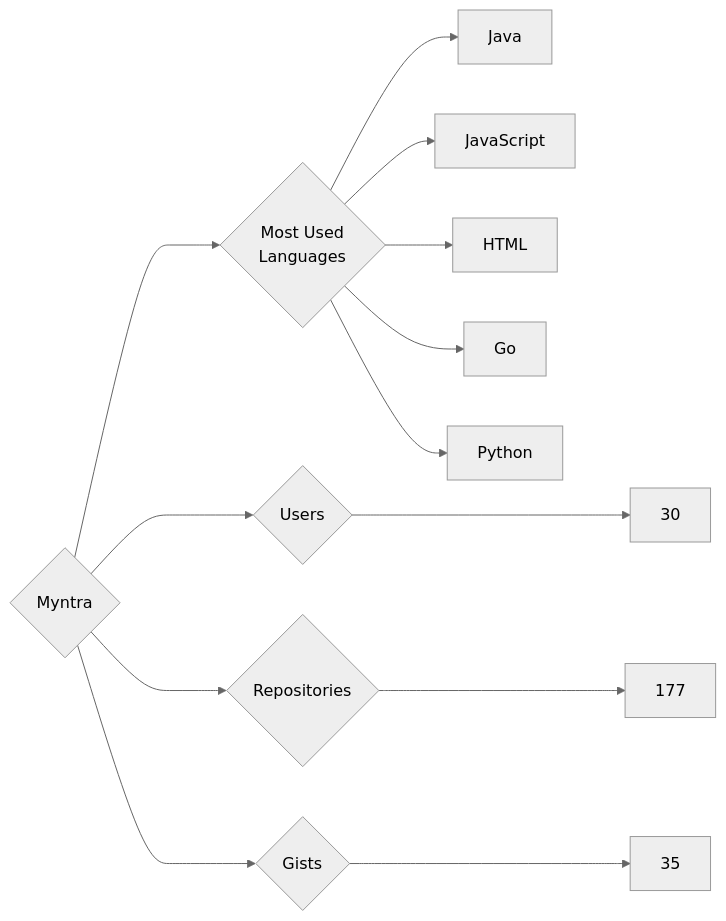
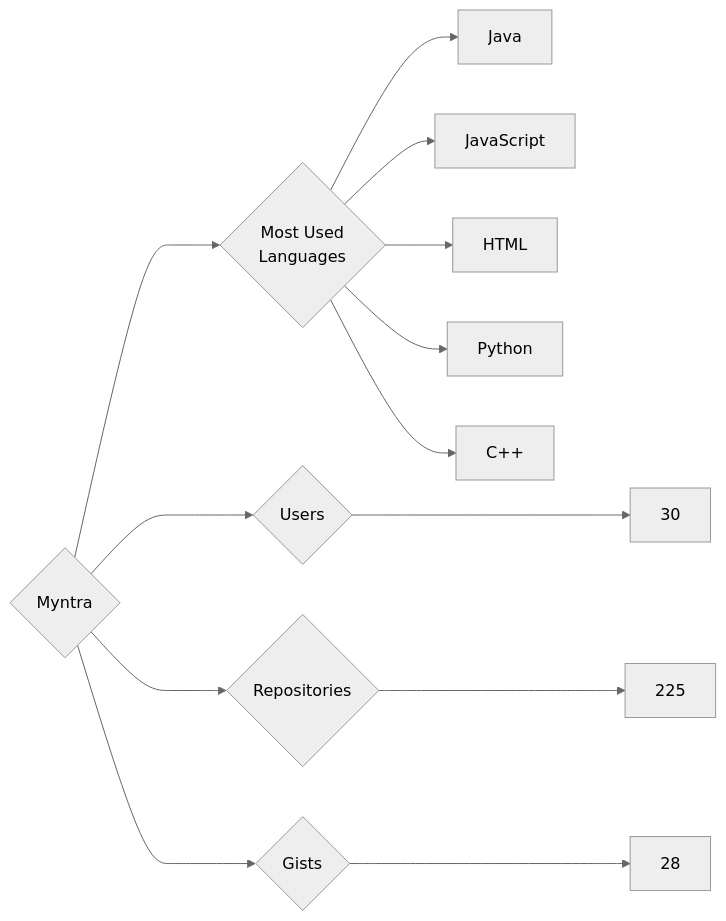
One commit to trickest/insiders changed the diagram in targets/Myntra/README.md. Above: the diagram before and after it, drawn with Mermaid (neutral theme). The commit also changed 995 other files, not shown here.

````diff
--- a/targets/Myntra/README.md
+++ b/targets/Myntra/README.md
@@ -3,13 +3,13 @@
 ```mermaid
 graph LR
 COMPANY_NAME{Myntra}
 COMPANY_NAME ---> U{Users} ---> UN[30]
-COMPANY_NAME ---> R{Repositories} ---> RN[177]
-COMPANY_NAME ---> G{Gists} ---> GN[35]
+COMPANY_NAME ---> R{Repositories} ---> RN[225]
+COMPANY_NAME ---> G{Gists} ---> GN[28]
 COMPANY_NAME ---> ML{Most Used<br>Languages}
 ML --> Java[Java]
 ML --> JavaScript[JavaScript]
 ML --> HTML[HTML]
-ML --> Go[Go]
 ML --> Python[Python]
+ML --> C++[C++]
 ```
````
